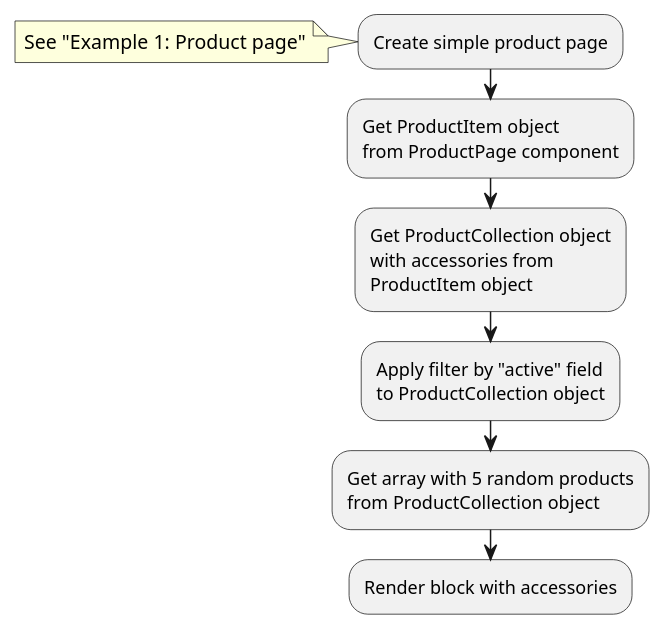
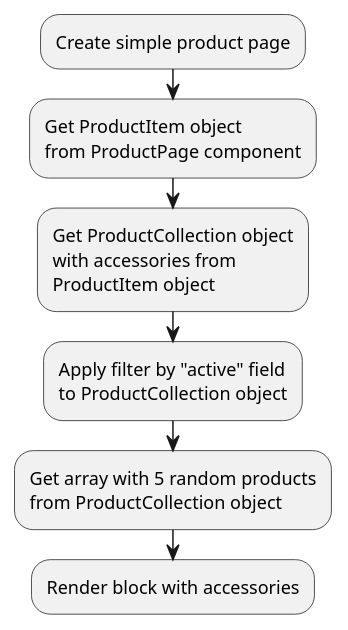
Before and after one commit to oc-shopaholic/oc-shopaholic-docs: the third of 4 diagrams in modules/product/examples/examples.md, drawn with PlantUML. The commit also changed other lines of this file and 6 other files, not shown here.

````diff
--- a/modules/product/examples/examples.md
+++ b/modules/product/examples/examples.md
@@ -352,18 +353,15 @@
 ```plantuml
 @startuml
 :Create simple product page;
-note left
-    See "Example 1: Product page"
-end note
 :Get ProductItem object
 from ProductPage component;
 :Get ProductCollection object
 with accessories from
 ProductItem object;
 :Apply filter by "active" field
 to ProductCollection object;
 :Get array with 5 random products
 from ProductCollection object;
 :Render block with accessories;
 @enduml
 ```
````
